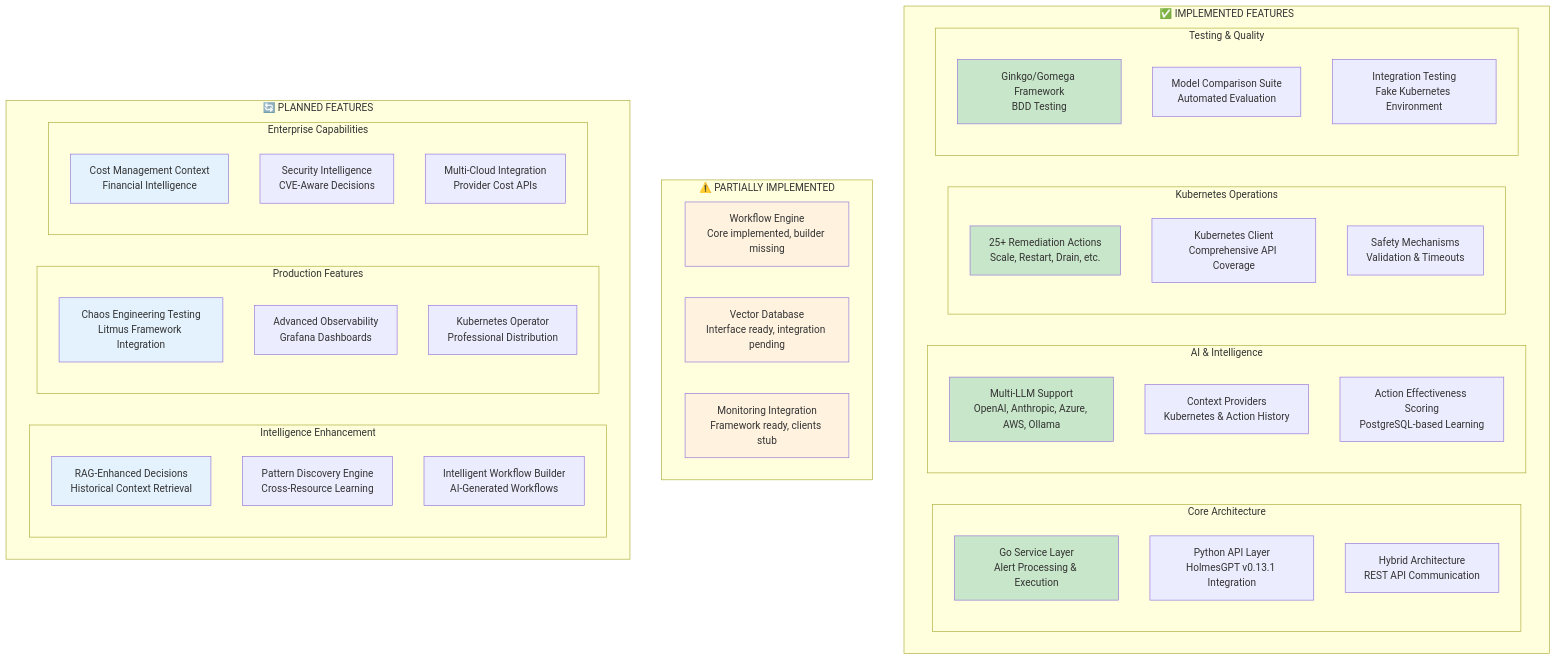
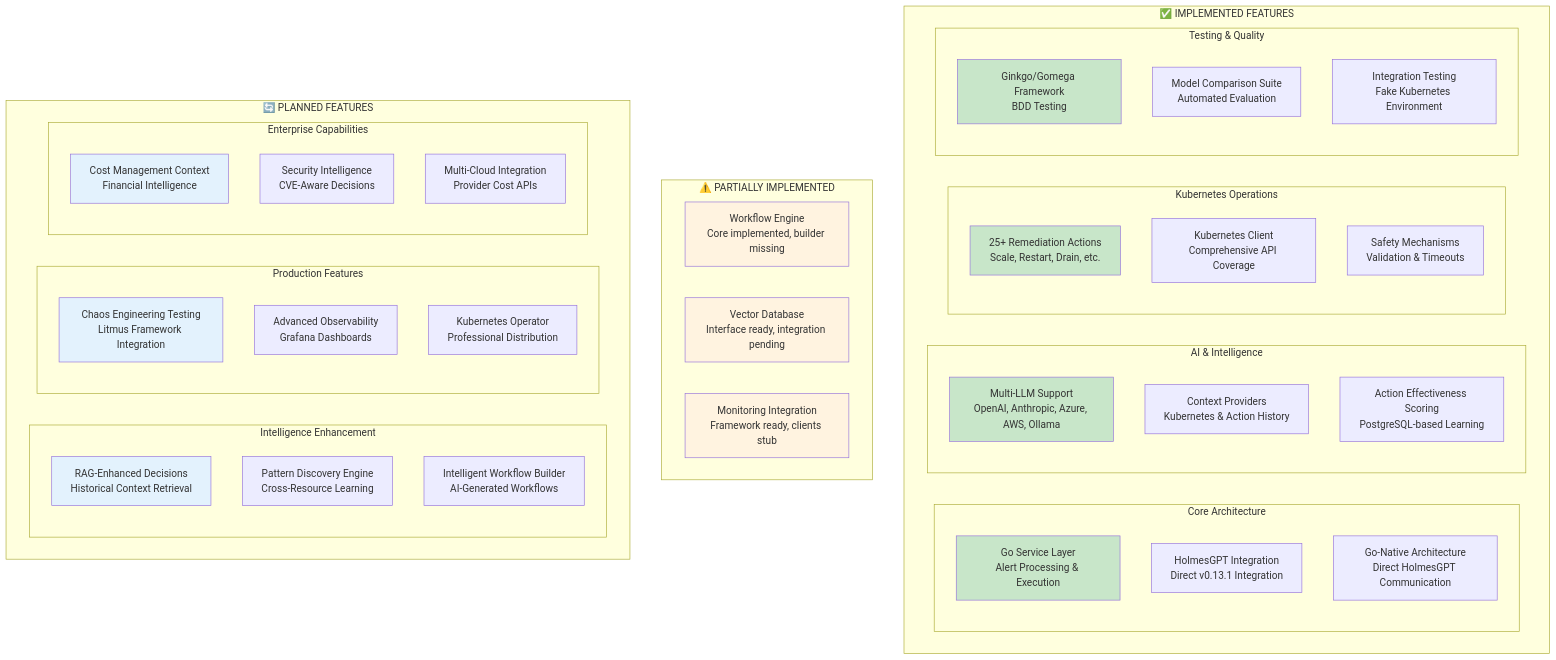
The third of 3 diagrams in README.md (jordigilh/kubernaut), drawn with Mermaid before and after one commit. The commit also changed other lines of this file and 9081 other files, not shown here.

````diff
--- a/README.md
+++ b/README.md
@@ -136,65 +174,65 @@
 ```mermaid
 graph TD
     subgraph "✅ IMPLEMENTED FEATURES"
         subgraph "Core Architecture"
             A1[Go Service Layer<br/>Alert Processing & Execution]
-            A2[Python API Layer<br/>HolmesGPT v0.13.1 Integration]
-            A3[Hybrid Architecture<br/>REST API Communication]
+            A2[HolmesGPT Integration<br/>Direct v0.13.1 Integration]
+            A3[Go-Native Architecture<br/>Direct HolmesGPT Communication]
         end
 
         subgraph "AI & Intelligence"
             B1[Multi-LLM Support<br/>OpenAI, Anthropic, Azure, AWS, Ollama]
             B2[Context Providers<br/>Kubernetes & Action History]
             B3[Action Effectiveness Scoring<br/>PostgreSQL-based Learning]
         end
 
         subgraph "Kubernetes Operations"
             C1[25+ Remediation Actions<br/>Scale, Restart, Drain, etc.]
             C2[Kubernetes Client<br/>Comprehensive API Coverage]
             C3[Safety Mechanisms<br/>Validation & Timeouts]
         end
 
         subgraph "Testing & Quality"
             D1[Ginkgo/Gomega Framework<br/>BDD Testing]
             D2[Model Comparison Suite<br/>Automated Evaluation]
             D3[Integration Testing<br/>Fake Kubernetes Environment]
         end
     end
 
     subgraph "⚠️ PARTIALLY IMPLEMENTED"
         E1[Workflow Engine<br/>Core implemented, builder missing]
         E2[Vector Database<br/>Interface ready, integration pending]
         E3[Monitoring Integration<br/>Framework ready, clients stub]
     end
 
     subgraph "🔄 PLANNED FEATURES"
         subgraph "Intelligence Enhancement"
             F1[RAG-Enhanced Decisions<br/>Historical Context Retrieval]
             F2[Pattern Discovery Engine<br/>Cross-Resource Learning]
             F3[Intelligent Workflow Builder<br/>AI-Generated Workflows]
         end
 
         subgraph "Production Features"
             G1[Chaos Engineering Testing<br/>Litmus Framework Integration]
             G2[Advanced Observability<br/>Grafana Dashboards]
             G3[Kubernetes Operator<br/>Professional Distribution]
         end
 
         subgraph "Enterprise Capabilities"
             H1[Cost Management Context<br/>Financial Intelligence]
             H2[Security Intelligence<br/>CVE-Aware Decisions]
             H3[Multi-Cloud Integration<br/>Provider Cost APIs]
         end
     end
 
     style A1 fill:#c8e6c9
     style B1 fill:#c8e6c9
     style C1 fill:#c8e6c9
     style D1 fill:#c8e6c9
     style E1 fill:#fff3e0
     style E2 fill:#fff3e0
     style E3 fill:#fff3e0
     style F1 fill:#e3f2fd
     style G1 fill:#e3f2fd
     style H1 fill:#e3f2fd
 ```
````
